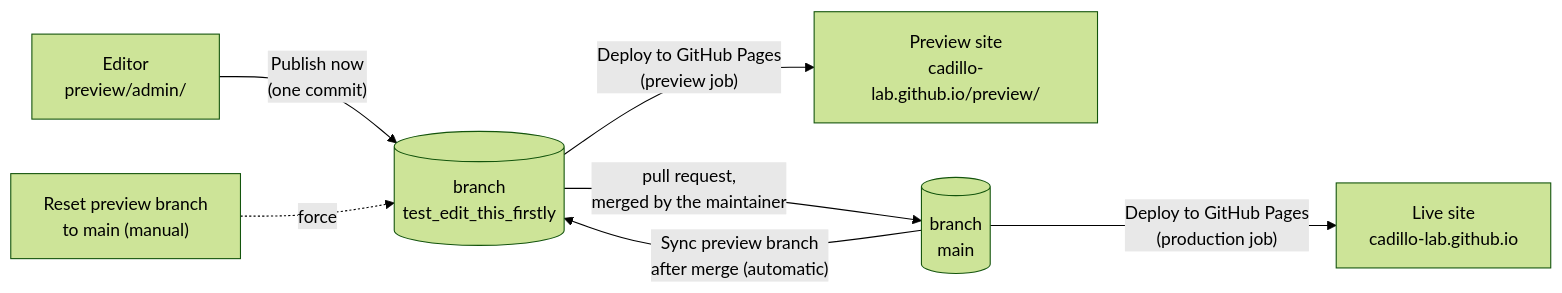
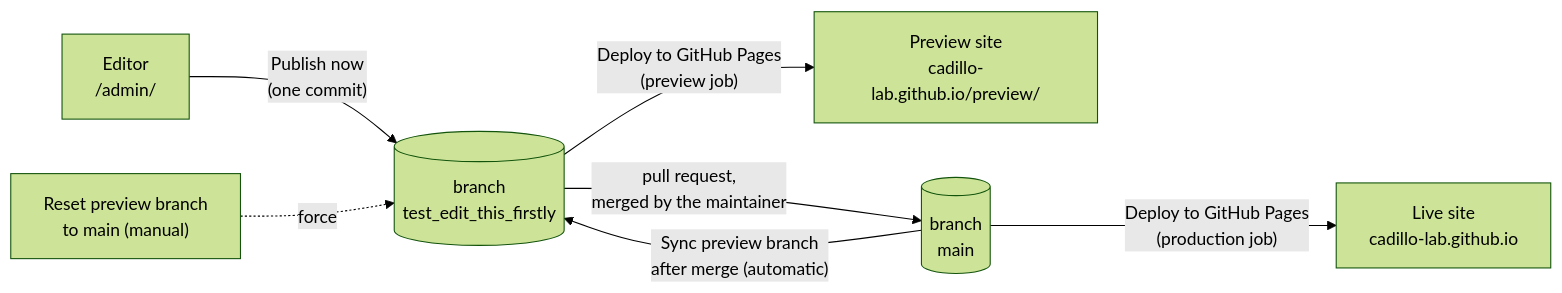
Before and after one commit to Cadillo-Lab/cadillo-lab.github.io: the diagram in docs/CONTENT-MAINTENANCE.md, drawn with Mermaid (forest theme). The commit also changed other lines of this file and 5 other files, not shown here.

````diff
--- a/docs/CONTENT-MAINTENANCE.md
+++ b/docs/CONTENT-MAINTENANCE.md
@@ -24,9 +24,9 @@
 ```mermaid
 flowchart LR
-  E["Editor<br/>preview/admin/"] -- "Publish now<br/>(one commit)" --> B[("branch<br/>test_edit_this_firstly")]
+  E["Editor<br/>/admin/"] -- "Publish now<br/>(one commit)" --> B[("branch<br/>test_edit_this_firstly")]
   B -- "Deploy to GitHub Pages<br/>(preview job)" --> P["Preview site<br/>cadillo-lab.github.io/preview/"]
   B -- "pull request,<br/>merged by the maintainer" --> M[("branch<br/>main")]
   M -- "Deploy to GitHub Pages<br/>(production job)" --> L["Live site<br/>cadillo-lab.github.io"]
   M -- "Sync preview branch<br/>after merge (automatic)" --> B
   R["Reset preview branch<br/>to main (manual)"] -. "force" .-> B
 ```
````
